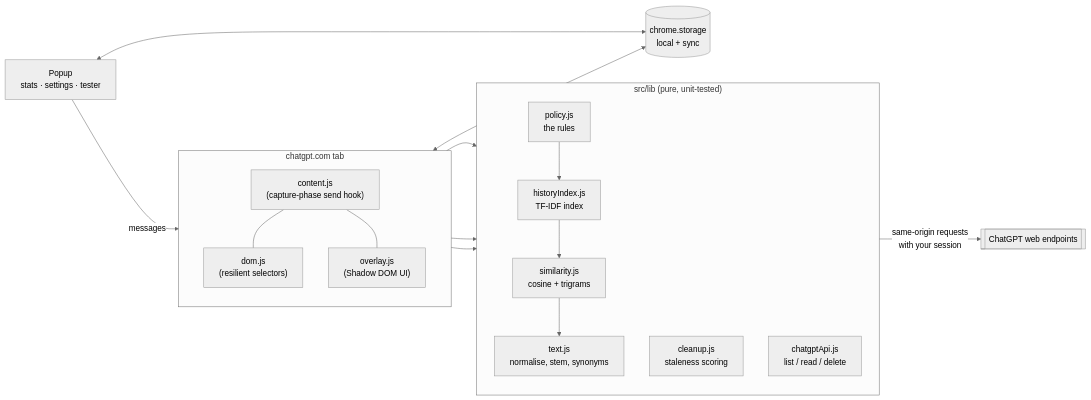
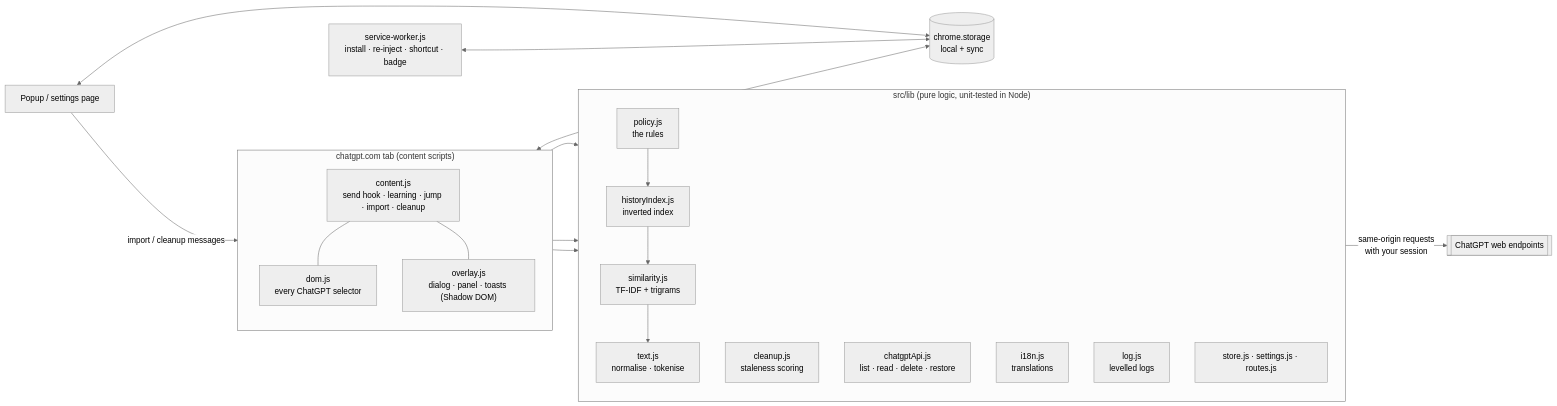
The third of 4 diagrams in README.md (Anushka180712/Recall-API), drawn with Mermaid (neutral theme) before and after one commit. The commit also changed other lines of this file and 38 other files, not shown here.

````diff
--- a/README.md
+++ b/README.md
@@ -223,25 +347,29 @@
 ```mermaid
 flowchart LR
-    subgraph Page["chatgpt.com tab"]
+    subgraph Page["chatgpt.com tab (content scripts)"]
         direction TB
-        CS["content.js<br/>(capture-phase send hook)"]
-        DOM["dom.js<br/>(resilient selectors)"]
-        UI["overlay.js<br/>(Shadow DOM UI)"]
+        CS["content.js<br/>send hook · learning · jump · import · cleanup"]
+        DOM["dom.js<br/>every ChatGPT selector"]
+        UI["overlay.js<br/>dialog · panel · toasts (Shadow DOM)"]
         CS --- DOM
         CS --- UI
     end
-    subgraph Core["src/lib (pure, unit-tested)"]
+    subgraph Core["src/lib (pure logic, unit-tested in Node)"]
         direction TB
-        P["policy.js<br/>the rules"] --> IDX["historyIndex.js<br/>TF-IDF index"]
-        IDX --> SIM["similarity.js<br/>cosine + trigrams"] --> TXT["text.js<br/>normalise, stem, synonyms"]
+        P["policy.js<br/>the rules"] --> IDX["historyIndex.js<br/>inverted index"]
+        IDX --> SIM["similarity.js<br/>TF-IDF + trigrams"] --> TXT["text.js<br/>normalise · tokenise"]
         CL["cleanup.js<br/>staleness scoring"]
-        API["chatgptApi.js<br/>list / read / delete"]
+        API["chatgptApi.js<br/>list · read · delete · restore"]
+        I18N["i18n.js<br/>translations"]
+        LOG["log.js<br/>levelled logs"]
+        STM["store.js · settings.js · routes.js"]
     end
     CS --> P
     CS --> CL
     CS --> API
     CS <--> ST[("chrome.storage<br/>local + sync")]
-    POP["Popup<br/>stats · settings · tester"] <--> ST
-    POP -- messages --> CS
+    POP["Popup / settings page"] <--> ST
+    POP -- "import / cleanup messages" --> CS
+    SW["service-worker.js<br/>install · re-inject · shortcut · badge"] <--> ST
     API -- "same-origin requests<br/>with your session" --> GPT[["ChatGPT web endpoints"]]
 ```
````
